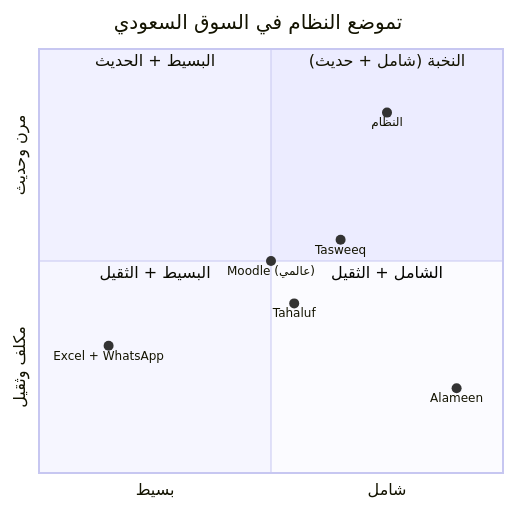
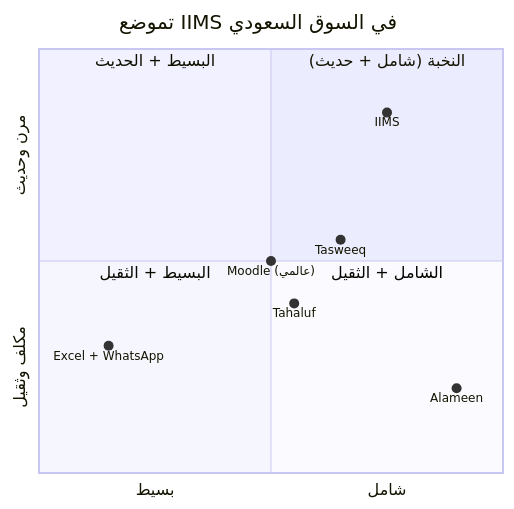
One commit to alharbib902-del/technical-handover changed the first of 8 diagrams in مسودات-الوكلاء/الجزء-01-السياق-والمعمارية.md. Above: the diagram before and after it, drawn with Mermaid. The commit also changed other lines of this file and 22 other files, not shown here.

````diff
--- a/مسودات-الوكلاء/الجزء-01-السياق-والمعمارية.md
+++ b/مسودات-الوكلاء/الجزء-01-السياق-والمعمارية.md
@@ -205,16 +203,16 @@
 ```mermaid
 quadrantChart
-    title تموضع النظام في السوق السعودي
+    title تموضع IIMS في السوق السعودي
     x-axis "بسيط" --> "شامل"
     y-axis "مكلف وثقيل" --> "مرن وحديث"
     quadrant-1 "النخبة (شامل + حديث)"
     quadrant-2 "البسيط + الحديث"
     quadrant-3 "البسيط + الثقيل"
     quadrant-4 "الشامل + الثقيل"
     "Tasweeq": [0.65, 0.55]
     "Alameen": [0.90, 0.20]
     "Tahaluf": [0.55, 0.40]
     "Moodle (عالمي)": [0.50, 0.50]
     "Excel + WhatsApp": [0.15, 0.30]
-    "النظام": [0.75, 0.85]
+    "IIMS": [0.75, 0.85]
 ```
````
